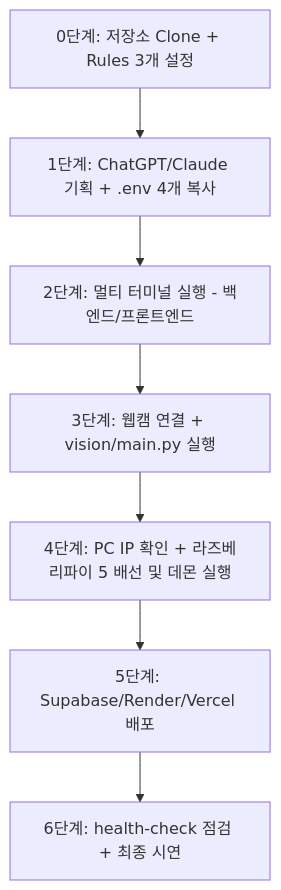
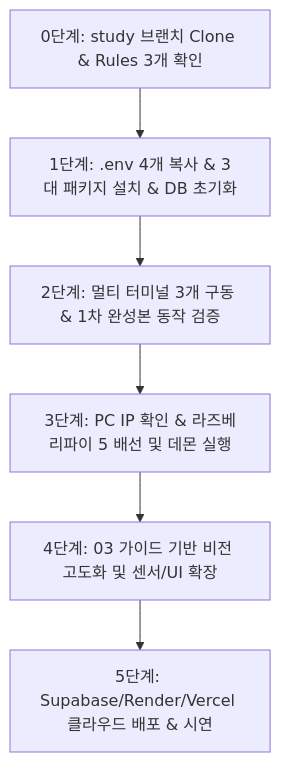
One commit to meister-info-2026/06-smart-studyroom changed the diagram in docs/02-학생-수작업-로드맵.md. Above: the diagram before and after it, drawn with Mermaid. The commit also changed other lines of this file and 11 other files, not shown here.

````diff
--- a/docs/02-학생-수작업-로드맵.md
+++ b/docs/02-학생-수작업-로드맵.md
@@ -10,9 +7,8 @@
 ```mermaid
 flowchart TD
-    A[0단계: 저장소 Clone + Rules 3개 설정] --> B[1단계: ChatGPT/Claude 기획 + .env 4개 복사]
-    B --> C[2단계: 멀티 터미널 실행 - 백엔드/프론트엔드]
-    C --> D[3단계: 웹캠 연결 + vision/main.py 실행]
-    D --> E[4단계: PC IP 확인 + 라즈베리파이 5 배선 및 데몬 실행]
-    E --> F[5단계: Supabase/Render/Vercel 배포]
-    F --> G[6단계: health-check 점검 + 최종 시연]
+    A[0단계: study 브랜치 Clone & Rules 3개 확인] --> B[1단계: .env 4개 복사 & 3대 패키지 설치 & DB 초기화]
+    B --> C[2단계: 멀티 터미널 3개 구동 & 1차 완성본 동작 검증]
+    C --> D[3단계: PC IP 확인 & 라즈베리파이 5 배선 및 데몬 실행]
+    D --> E[4단계: 03 가이드 기반 비전 고도화 및 센서/UI 확장]
+    E --> F[5단계: Supabase/Render/Vercel 클라우드 배포 & 시연]
 ```
````
